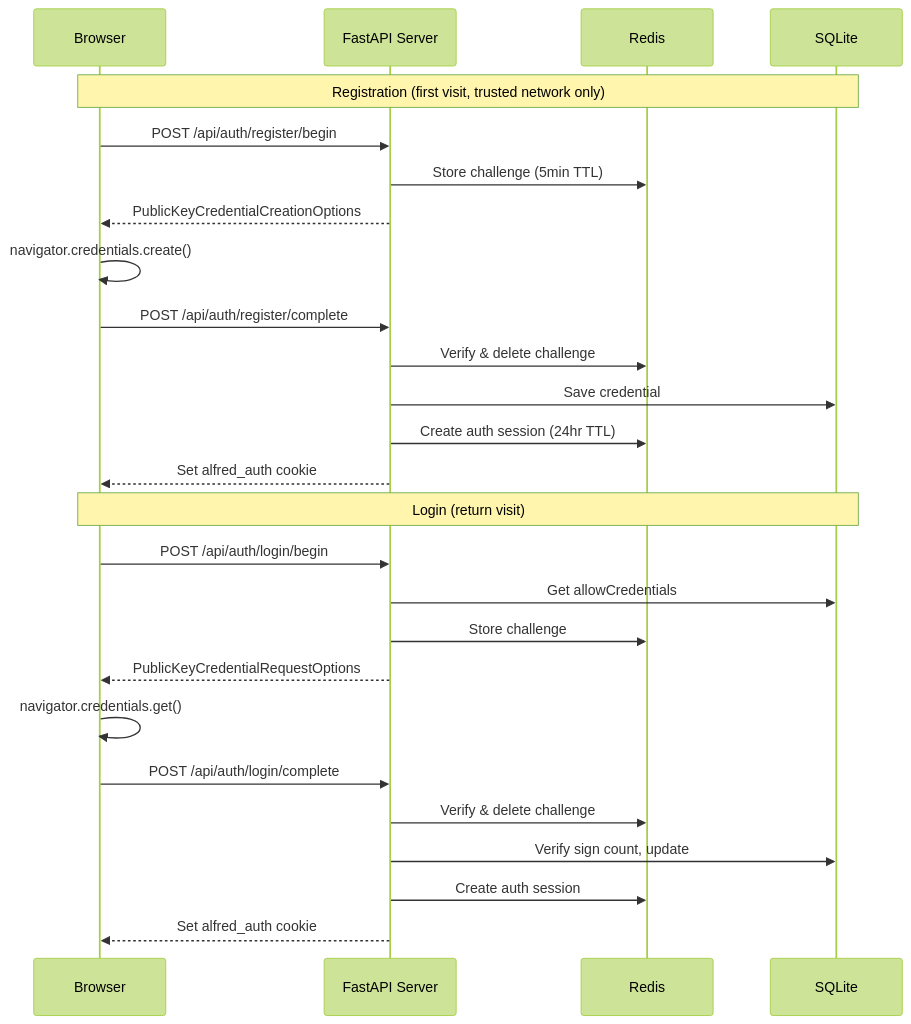
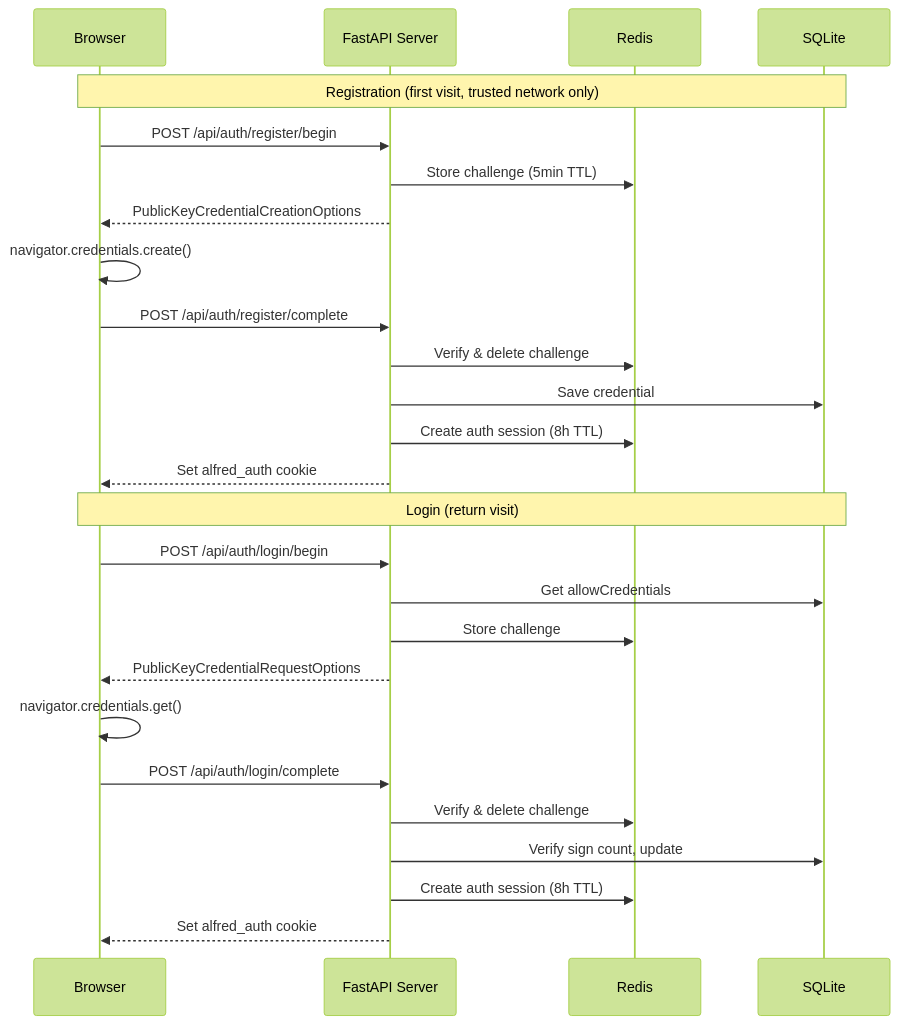
The diagram in docs/webauthn.md (anirudhlath/alfred), drawn with Mermaid (forest theme) before and after one commit. The commit also changed other lines of this file and 51 other files, not shown here.

````diff
--- a/docs/webauthn.md
+++ b/docs/webauthn.md
@@ -7,30 +7,30 @@
 ```mermaid
 sequenceDiagram
     participant B as Browser
     participant S as FastAPI Server
     participant R as Redis
     participant DB as SQLite
 
     Note over B,DB: Registration (first visit, trusted network only)
     B->>S: POST /api/auth/register/begin
     S->>R: Store challenge (5min TTL)
     S-->>B: PublicKeyCredentialCreationOptions
     B->>B: navigator.credentials.create()
     B->>S: POST /api/auth/register/complete
     S->>R: Verify & delete challenge
     S->>DB: Save credential
-    S->>R: Create auth session (24hr TTL)
+    S->>R: Create auth session (8h TTL)
     S-->>B: Set alfred_auth cookie
 
     Note over B,DB: Login (return visit)
     B->>S: POST /api/auth/login/begin
     S->>DB: Get allowCredentials
     S->>R: Store challenge
     S-->>B: PublicKeyCredentialRequestOptions
     B->>B: navigator.credentials.get()
     B->>S: POST /api/auth/login/complete
     S->>R: Verify & delete challenge
     S->>DB: Verify sign count, update
-    S->>R: Create auth session
+    S->>R: Create auth session (8h TTL)
     S-->>B: Set alfred_auth cookie
 ```
````
